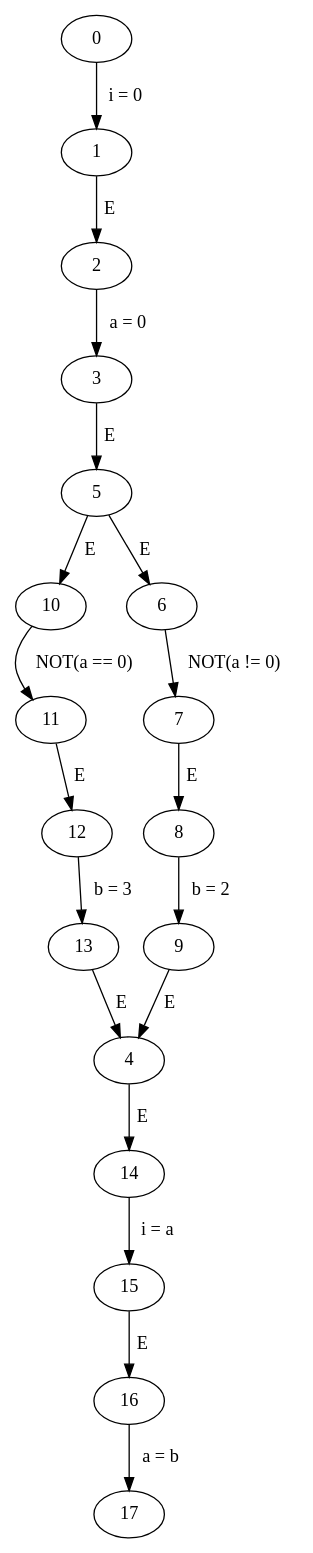
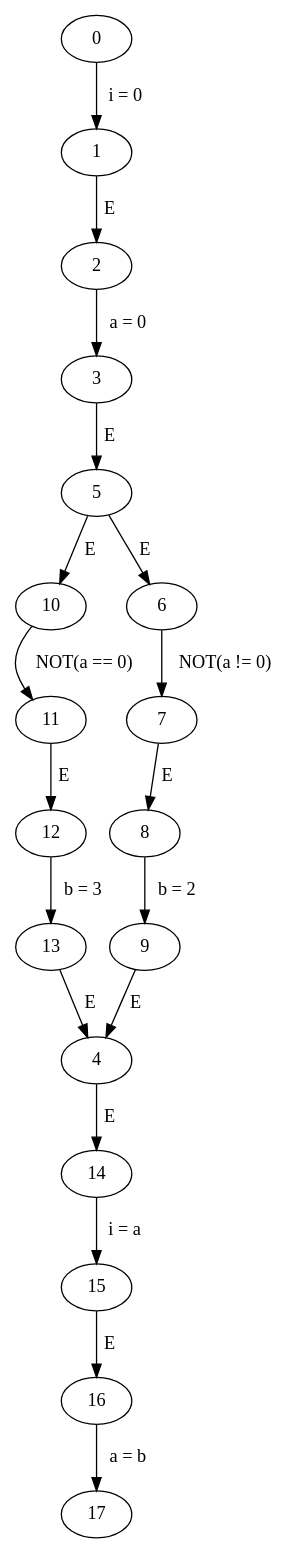
Before and after one commit to Harman309/project6: the diagram in code/norm_cfgs/if_NOT/if_NOT.gv, drawn with Graphviz. The commit also changed other lines of this file and 35 other files, not shown here.

```diff
--- a/code/norm_cfgs/if_NOT/if_NOT.gv
+++ b/code/norm_cfgs/if_NOT/if_NOT.gv
@@ -1,21 +1,21 @@
 // if_NOT
 digraph {
+	2 -> 3 [label=" a = 0 "]
+	0 -> 1 [label=" i = 0 "]
+	8 -> 9 [label=" b = 2 "]
 	15 -> 16 [label=" E "]
 	1 -> 2 [label=" E "]
-	2 -> 3 [label=" a = 0 "]
 	7 -> 8 [label=" E "]
+	4 -> 14 [label=" E "]
 	5 -> 10 [label=" E "]
-	0 -> 1 [label=" i = 0 "]
 	11 -> 12 [label=" E "]
+	9 -> 4 [label=" E "]
+	5 -> 6 [label=" E "]
 	14 -> 15 [label=" i = a "]
+	10 -> 11 [label=" NOT(a == 0) "]
 	6 -> 7 [label=" NOT(a != 0) "]
+	13 -> 4 [label=" E "]
+	16 -> 17 [label=" a = b "]
+	12 -> 13 [label=" b = 3 "]
 	3 -> 5 [label=" E "]
-	4 -> 14 [label=" E "]
-	10 -> 11 [label=" NOT(a == 0) "]
-	13 -> 4 [label=" E "]
-	5 -> 6 [label=" E "]
-	9 -> 4 [label=" E "]
-	12 -> 13 [label=" b = 3 "]
-	16 -> 17 [label=" a = b "]
-	8 -> 9 [label=" b = 2 "]
 }
```
